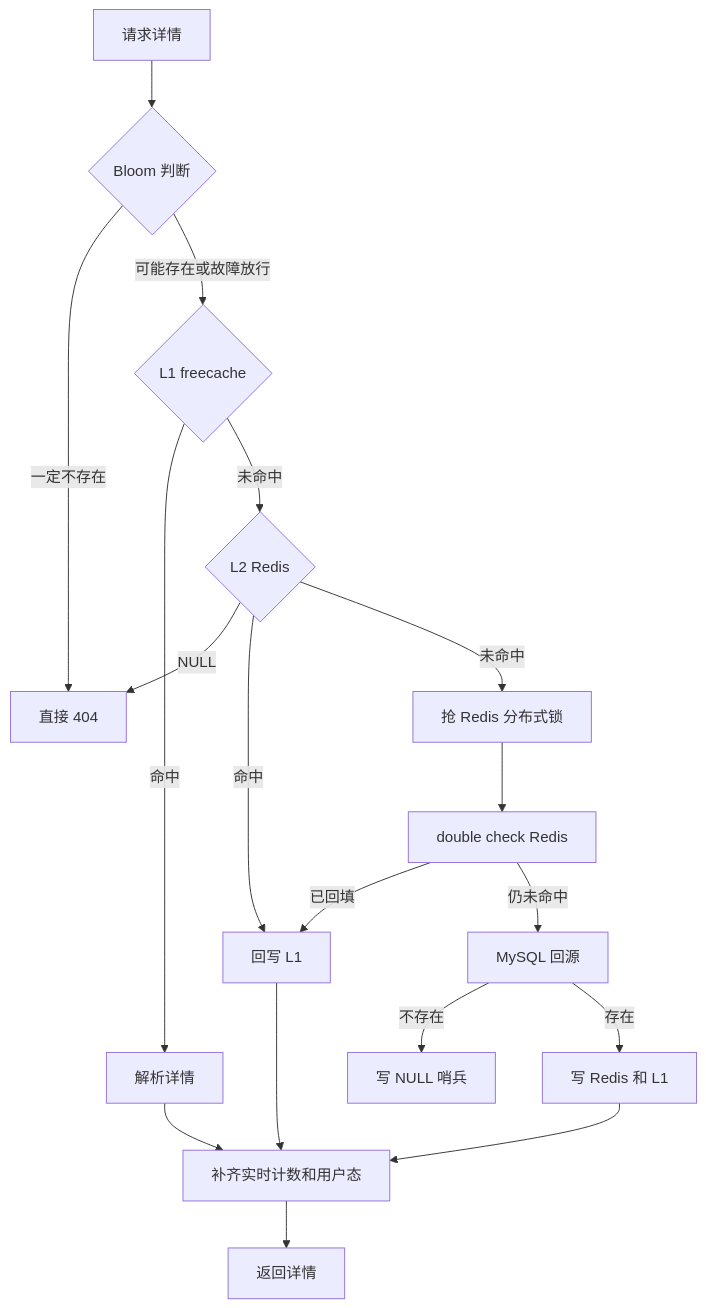
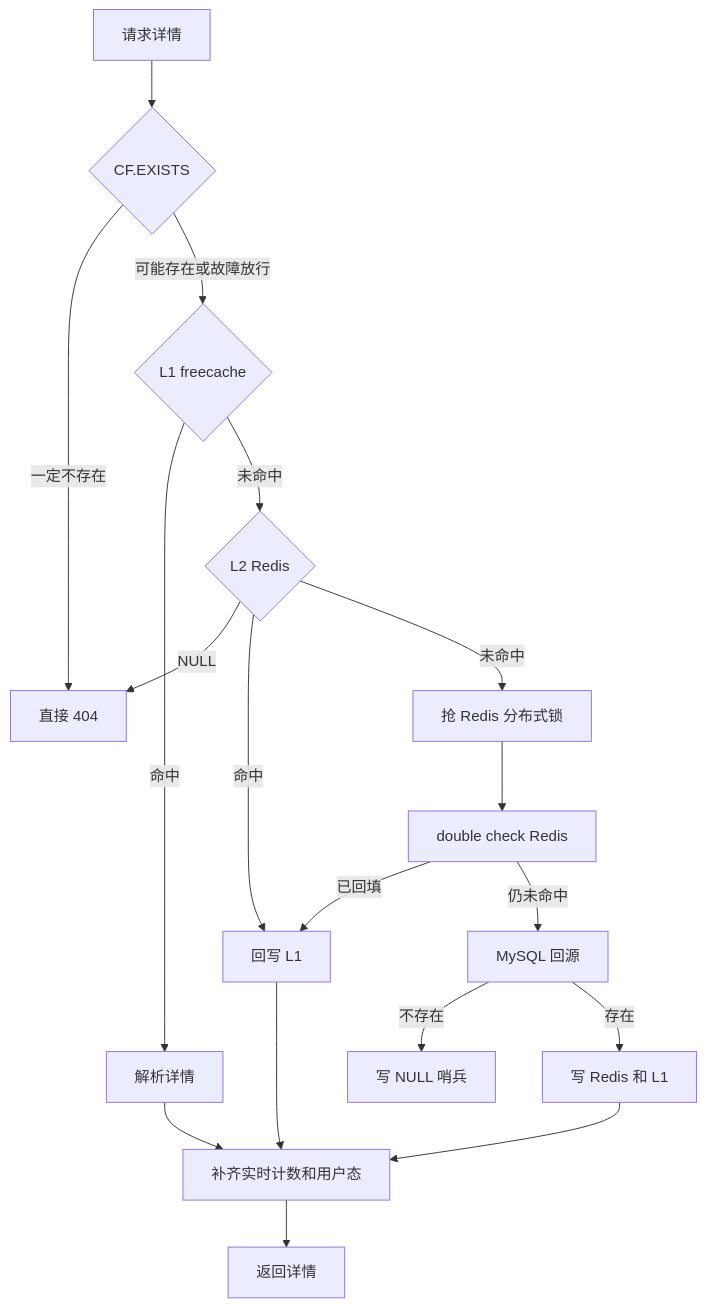
One commit to bitladykiller/zhiguang_go changed the fourth of 7 diagrams in README.md. Above: the diagram before and after it, drawn with Mermaid. The commit also changed other lines of this file and 12 other files, not shown here.

````diff
--- a/README.md
+++ b/README.md
@@ -468,20 +468,20 @@
 ```mermaid
 flowchart TD
-    A[请求详情] --> B{Bloom 判断}
+    A[请求详情] --> B{CF.EXISTS}
     B -->|一定不存在| C[直接 404]
     B -->|可能存在或故障放行| D{L1 freecache}
     D -->|命中| E[解析详情]
     D -->|未命中| F{L2 Redis}
     F -->|NULL| C
     F -->|命中| G[回写 L1]
     F -->|未命中| H[抢 Redis 分布式锁]
     H --> I[double check Redis]
     I -->|已回填| G
     I -->|仍未命中| J[MySQL 回源]
     J -->|不存在| K[写 NULL 哨兵]
     J -->|存在| L[写 Redis 和 L1]
     E --> M[补齐实时计数和用户态]
     G --> M
     L --> M
     M --> N[返回详情]
 ```
````
